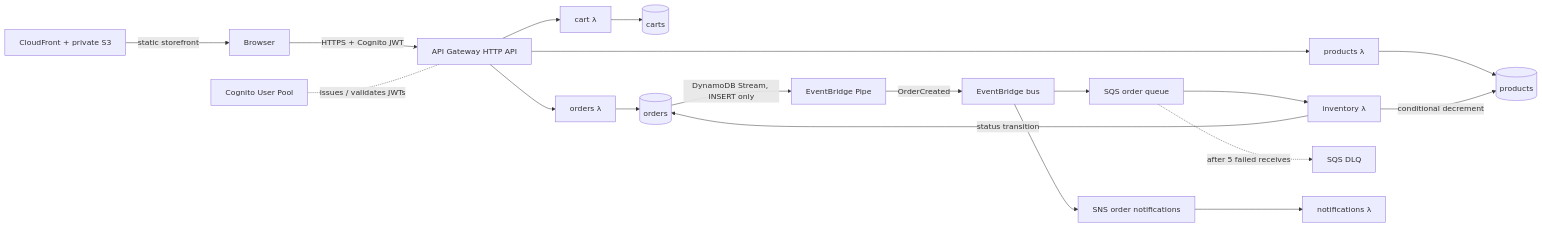
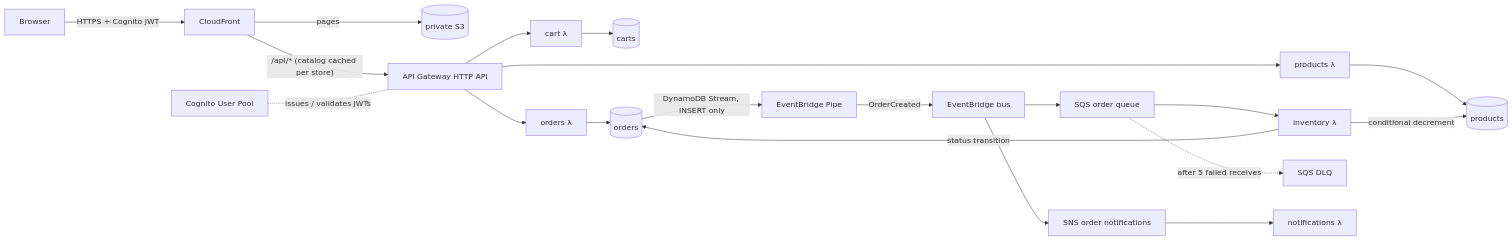
One commit to chateauJ/cloudcart changed the first of 3 diagrams in README.md. Above: the diagram before and after it, drawn with Mermaid. The commit also changed other lines of this file and 12 other files, not shown here.

First line of the commit message:
Serve the API through CloudFront and cache the catalog at the edge (Step 8.3)

````diff
--- a/README.md
+++ b/README.md
@@ -29,16 +30,17 @@
 ```mermaid
 flowchart LR
-    cdn[CloudFront + private S3] -->|static storefront| client[Browser]
-    client -->|HTTPS + Cognito JWT| api[API Gateway HTTP API]
+    client[Browser] -->|HTTPS + Cognito JWT| cdn[CloudFront]
+    cdn -->|pages| s3[(private S3)]
+    cdn -->|"/api/* (catalog cached per store)"| api[API Gateway HTTP API]
     cognito[Cognito User Pool] -. issues / validates JWTs .- api
     api --> products[products λ] --> pt[(products)]
     api --> cart[cart λ] --> ct[(carts)]
     api --> orders[orders λ] --> ot[(orders)]
     ot -->|DynamoDB Stream, INSERT only| pipe[EventBridge Pipe]
     pipe -->|OrderCreated| bus[EventBridge bus]
     bus --> sqs[SQS order queue] --> inventory[inventory λ]
     sqs -. after 5 failed receives .-> dlq[SQS DLQ]
     inventory -->|conditional decrement| pt
     inventory -->|status transition| ot
     bus --> sns[SNS order notifications] --> notifications[notifications λ]
 ```
````
